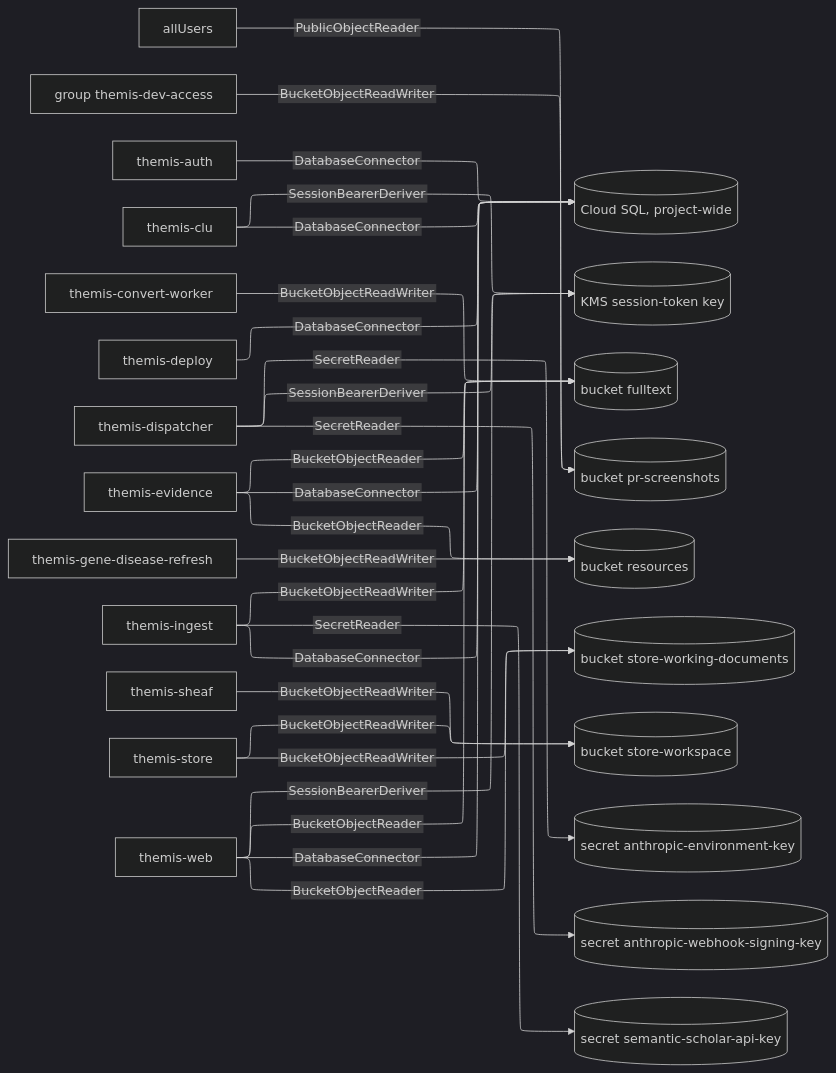
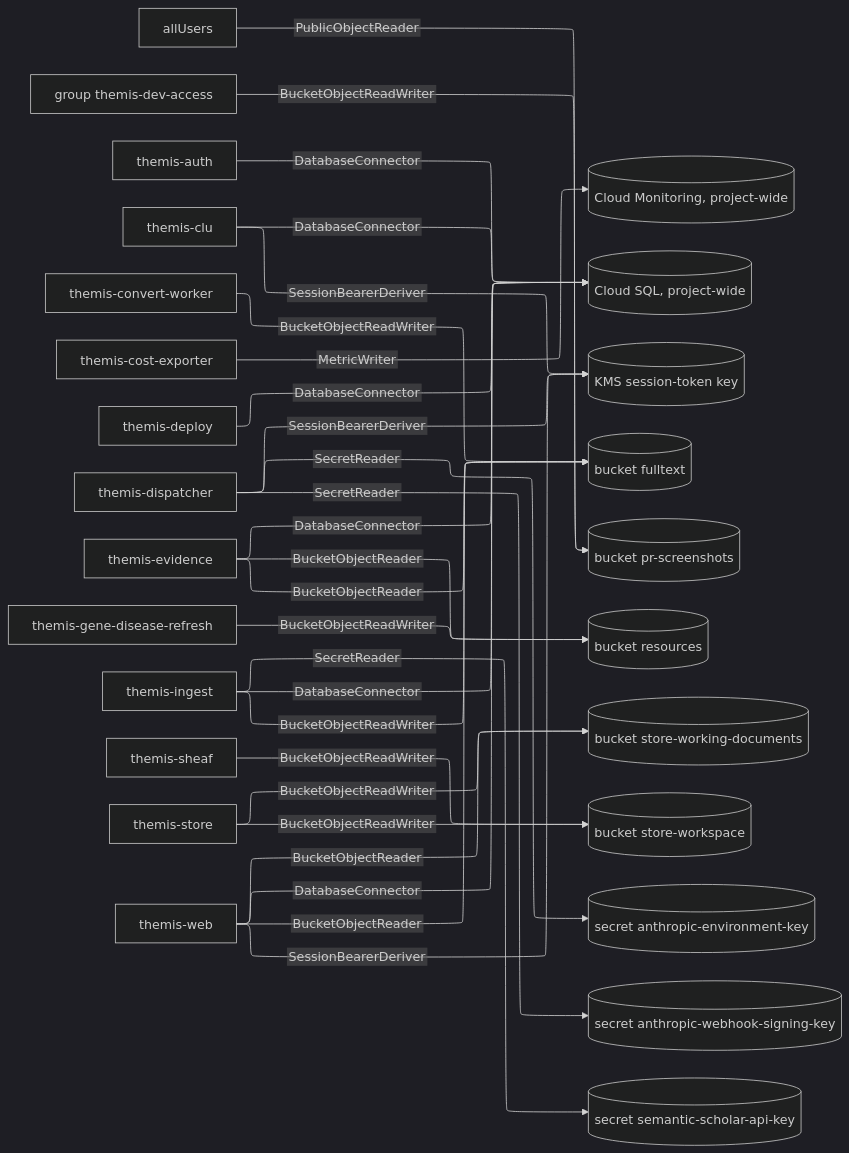
Before and after one commit to populationgenomics/themis: the diagram in docs/design/grants/data.mmd, drawn with Mermaid (dark theme). The commit also changed 34 other files, not shown here.

```diff
--- a/docs/design/grants/data.mmd
+++ b/docs/design/grants/data.mmd
@@ -1,49 +1,52 @@
 %%{init: {"layout": "elk", "elk": {"mergeEdges": true, "nodePlacementStrategy": "NETWORK_SIMPLEX"}, "htmlLabels": false, "flowchart": {"htmlLabels": false, "wrappingWidth": 320}}}%%
 flowchart LR
     n0["allUsers"]
     n1["group themis-dev-access"]
     n2["themis-auth"]
     n3["themis-clu"]
     n4["themis-convert-worker"]
-    n5["themis-deploy"]
-    n6["themis-dispatcher"]
-    n7["themis-evidence"]
-    n8["themis-gene-disease-refresh"]
-    n9["themis-ingest"]
-    n10["themis-sheaf"]
-    n11["themis-store"]
-    n12["themis-web"]
-    n13[("Cloud SQL, project-wide")]
-    n14[("KMS session-token key")]
-    n15[("bucket fulltext")]
-    n16[("bucket pr-screenshots")]
-    n17[("bucket resources")]
-    n18[("bucket store-working-documents")]
-    n19[("bucket store-workspace")]
-    n20[("secret anthropic-environment-key")]
-    n21[("secret anthropic-webhook-signing-key")]
-    n22[("secret semantic-scholar-api-key")]
-    n0 -->|PublicObjectReader| n16
-    n1 -->|BucketObjectReadWriter| n16
-    n2 -->|DatabaseConnector| n13
-    n3 -->|DatabaseConnector| n13
-    n3 -->|SessionBearerDeriver| n14
-    n4 -->|BucketObjectReadWriter| n15
-    n5 -->|DatabaseConnector| n13
-    n6 -->|SecretReader| n20
-    n6 -->|SecretReader| n21
-    n6 -->|SessionBearerDeriver| n14
-    n7 -->|BucketObjectReader| n15
-    n7 -->|BucketObjectReader| n17
-    n7 -->|DatabaseConnector| n13
-    n8 -->|BucketObjectReadWriter| n17
-    n9 -->|BucketObjectReadWriter| n15
-    n9 -->|DatabaseConnector| n13
-    n9 -->|SecretReader| n22
-    n10 -->|BucketObjectReadWriter| n19
-    n11 -->|BucketObjectReadWriter| n18
-    n11 -->|BucketObjectReadWriter| n19
-    n12 -->|BucketObjectReader| n15
-    n12 -->|BucketObjectReader| n18
-    n12 -->|DatabaseConnector| n13
-    n12 -->|SessionBearerDeriver| n14
+    n5["themis-cost-exporter"]
+    n6["themis-deploy"]
+    n7["themis-dispatcher"]
+    n8["themis-evidence"]
+    n9["themis-gene-disease-refresh"]
+    n10["themis-ingest"]
+    n11["themis-sheaf"]
+    n12["themis-store"]
+    n13["themis-web"]
+    n14[("Cloud Monitoring, project-wide")]
+    n15[("Cloud SQL, project-wide")]
+    n16[("KMS session-token key")]
+    n17[("bucket fulltext")]
+    n18[("bucket pr-screenshots")]
+    n19[("bucket resources")]
+    n20[("bucket store-working-documents")]
+    n21[("bucket store-workspace")]
+    n22[("secret anthropic-environment-key")]
+    n23[("secret anthropic-webhook-signing-key")]
+    n24[("secret semantic-scholar-api-key")]
+    n0 -->|PublicObjectReader| n18
+    n1 -->|BucketObjectReadWriter| n18
+    n2 -->|DatabaseConnector| n15
+    n3 -->|DatabaseConnector| n15
+    n3 -->|SessionBearerDeriver| n16
+    n4 -->|BucketObjectReadWriter| n17
+    n5 -->|MetricWriter| n14
+    n6 -->|DatabaseConnector| n15
+    n7 -->|SecretReader| n22
+    n7 -->|SecretReader| n23
+    n7 -->|SessionBearerDeriver| n16
+    n8 -->|BucketObjectReader| n17
+    n8 -->|BucketObjectReader| n19
+    n8 -->|DatabaseConnector| n15
+    n9 -->|BucketObjectReadWriter| n19
+    n10 -->|BucketObjectReadWriter| n17
+    n10 -->|DatabaseConnector| n15
+    n10 -->|SecretReader| n24
+    n11 -->|BucketObjectReadWriter| n21
+    n12 -->|BucketObjectReadWriter| n20
+    n12 -->|BucketObjectReadWriter| n21
+    n13 -->|BucketObjectReader| n17
+    n13 -->|BucketObjectReader| n20
+    n13 -->|DatabaseConnector| n15
+    n13 -->|SessionBearerDeriver| n16
```
